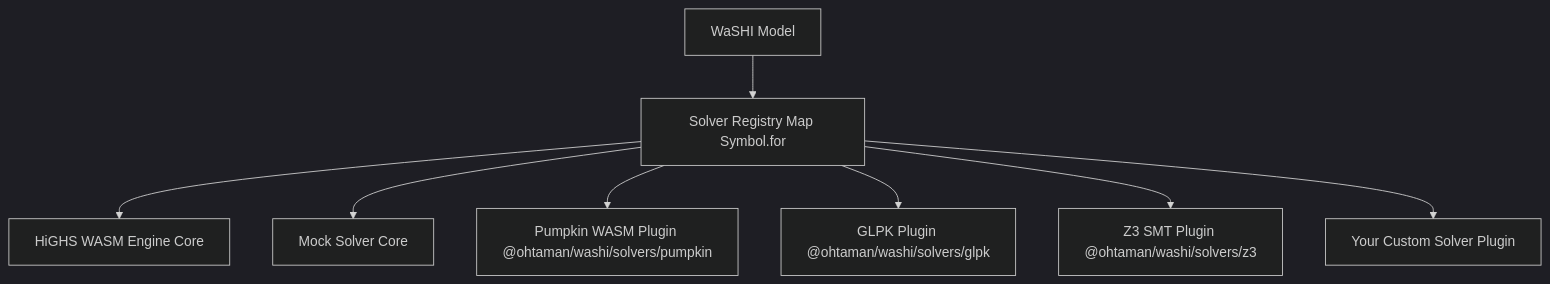
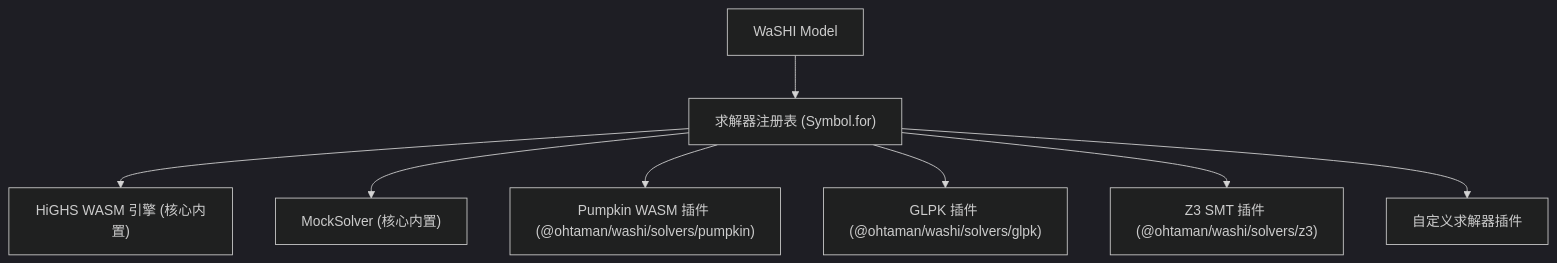
Before and after one commit to ohtaman/washi: the diagram in docs/zh/solvers/custom-solver.md, drawn with Mermaid (dark theme). The commit also changed other lines of this file and 99 other files, not shown here.

````diff
--- a/docs/zh/solvers/custom-solver.md
+++ b/docs/zh/solvers/custom-solver.md
@@ -11,10 +11,10 @@
 ```mermaid
 graph TD
-    A[WaSHI Model] --> B[Solver Registry Map Symbol.for]
-    B --> C[HiGHS WASM Engine Core]
-    B --> D[Mock Solver Core]
-    B --> H[Pumpkin WASM Plugin @ohtaman/washi/solvers/pumpkin]
-    B --> E[GLPK Plugin @ohtaman/washi/solvers/glpk]
-    B --> F[Z3 SMT Plugin @ohtaman/washi/solvers/z3]
-    B --> G[Your Custom Solver Plugin]
+    A[WaSHI Model] --> B["求解器注册表 (Symbol.for)"]
+    B --> C["HiGHS WASM 引擎 (核心内置)"]
+    B --> D["MockSolver (核心内置)"]
+    B --> H["Pumpkin WASM 插件 (@ohtaman/washi/solvers/pumpkin)"]
+    B --> E["GLPK 插件 (@ohtaman/washi/solvers/glpk)"]
+    B --> F["Z3 SMT 插件 (@ohtaman/washi/solvers/z3)"]
+    B --> G[自定义求解器插件]
 ```
````
